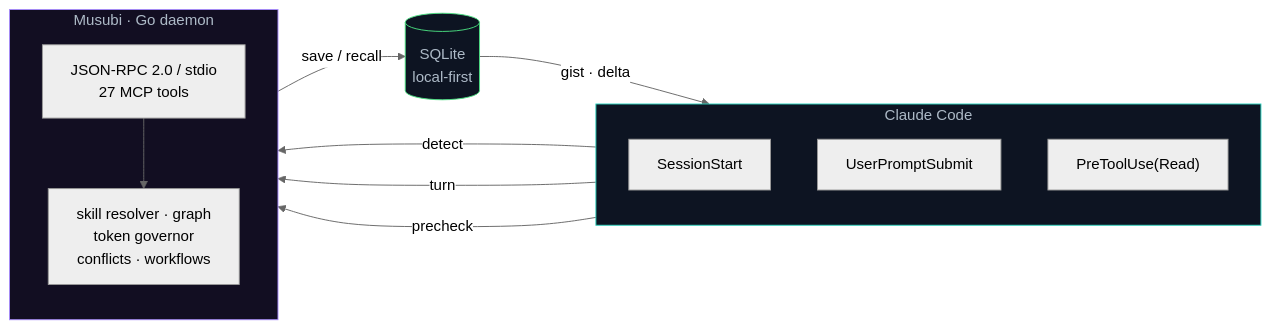
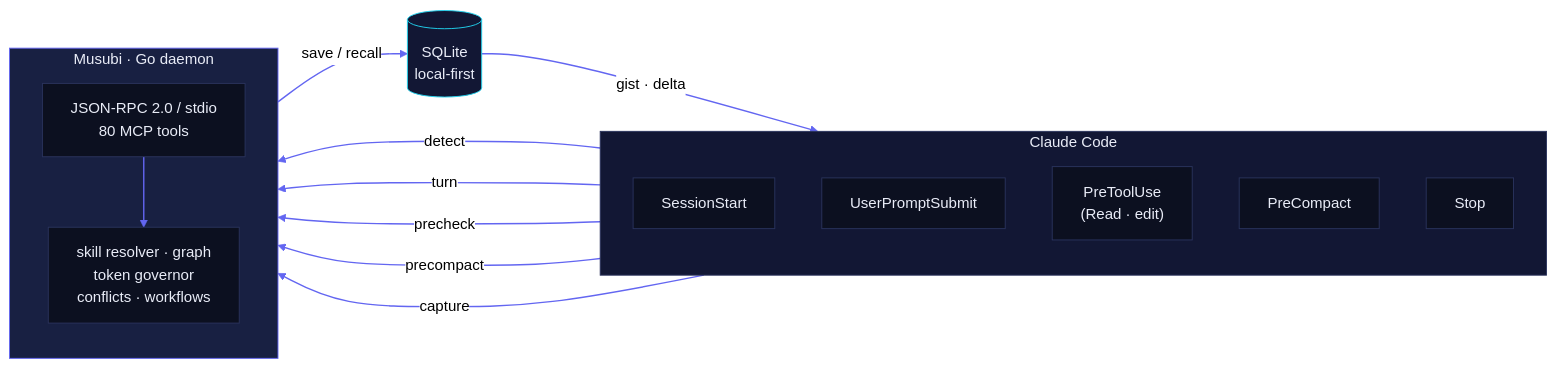
One commit to codeabraham16/musubi changed the first of 3 diagrams in README.en.md. Above: the diagram before and after it, drawn with Mermaid (neutral theme). The commit also changed other lines of this file and 12 other files, not shown here.

````diff
--- a/README.en.md
+++ b/README.en.md
@@ -68,27 +116,34 @@
 ```mermaid
 flowchart LR
     subgraph CC["Claude Code"]
         direction TB
         H1["SessionStart"]
         H2["UserPromptSubmit"]
-        H3["PreToolUse(Read)"]
+        H3["PreToolUse<br/>(Read · edit)"]
+        H4["PreCompact"]
+        H5["Stop"]
     end
     subgraph M["Musubi · Go daemon"]
         direction TB
-        RPC["JSON-RPC 2.0 / stdio<br/>27 MCP tools"]
+        RPC["JSON-RPC 2.0 / stdio<br/>80 MCP tools"]
         COG["skill resolver · graph<br/>token governor<br/>conflicts · workflows"]
     end
     DB[("SQLite<br/>local-first")]
 
     H1 -- "detect" --> RPC
     H2 -- "turn" --> RPC
     H3 -- "precheck" --> RPC
+    H4 -- "precompact" --> RPC
+    H5 -- "capture" --> RPC
     RPC --> COG
     COG -- "save / recall" --> DB
     DB -- "gist · delta" --> CC
 
-    classDef cc fill:#0d1422,stroke:#2dd4bf,color:#adbac7;
-    classDef mm fill:#120e22,stroke:#a78bfa,color:#adbac7;
-    classDef db fill:#0d1422,stroke:#4ade80,color:#adbac7;
+    classDef cc fill:#121734,stroke:#2A335C,color:#E9ECF7;
+    classDef mm fill:#182042,stroke:#6366F1,color:#E9ECF7;
+    classDef db fill:#121734,stroke:#22D3EE,color:#E9ECF7;
+    classDef nd fill:#0C1020,stroke:#2A335C,color:#E9ECF7;
     class CC cc; class M mm; class DB db;
+    class H1,H2,H3,H4,H5,RPC,COG nd;
+    linkStyle default stroke:#6366F1,stroke-width:1.5px;
 ```
````
